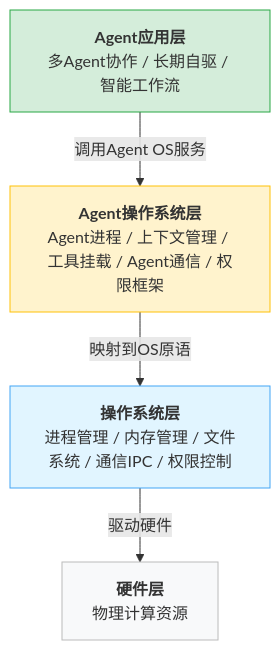
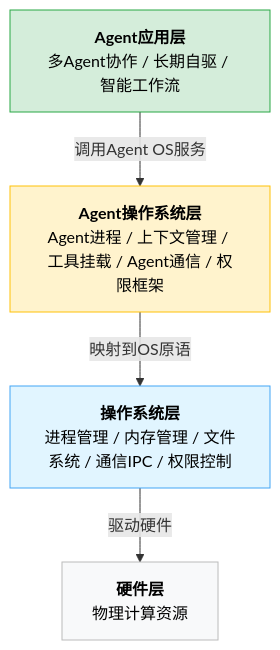
Before and after one commit to yeasy/harness_engineering_guide: the second of 2 diagrams in 14_future/14.1_agent_native.md, drawn with Mermaid. The commit also changed other lines of this file and 80 other files, not shown here.

````diff
--- a/14_future/14.1_agent_native.md
+++ b/14_future/14.1_agent_native.md
@@ -59,16 +60,16 @@
 ```mermaid
 graph TD
     APP["<b>Agent应用层</b><br/>多Agent协作 / 长期自驱 / 智能工作流"]
     AOS["<b>Agent操作系统层</b><br/>Agent进程 / 上下文管理 / 工具挂载 / Agent通信 / 权限框架"]
     OS["<b>操作系统层</b><br/>进程管理 / 内存管理 / 文件系统 / 通信IPC / 权限控制"]
     HW["<b>硬件层</b><br/>物理计算资源"]
 
     APP -->|"调用Agent OS服务"| AOS
     AOS -->|"映射到OS原语"| OS
     OS -->|"驱动硬件"| HW
 
-    style APP fill:#d4edda,stroke:#28a745,color:#333
-    style AOS fill:#fff3cd,stroke:#ffc107,color:#333
-    style OS fill:#e1f5ff,stroke:#42a5f5,color:#333
-    style HW fill:#f8f9fa,stroke:#bbb,color:#333
+    style APP fill:#d4edda,stroke:#28a745,color:#000000
+    style AOS fill:#fff3cd,stroke:#ffc107,color:#000000
+    style OS fill:#e1f5ff,stroke:#42a5f5,color:#000000
+    style HW fill:#f8f9fa,stroke:#bbb,color:#000000
 ```
````
